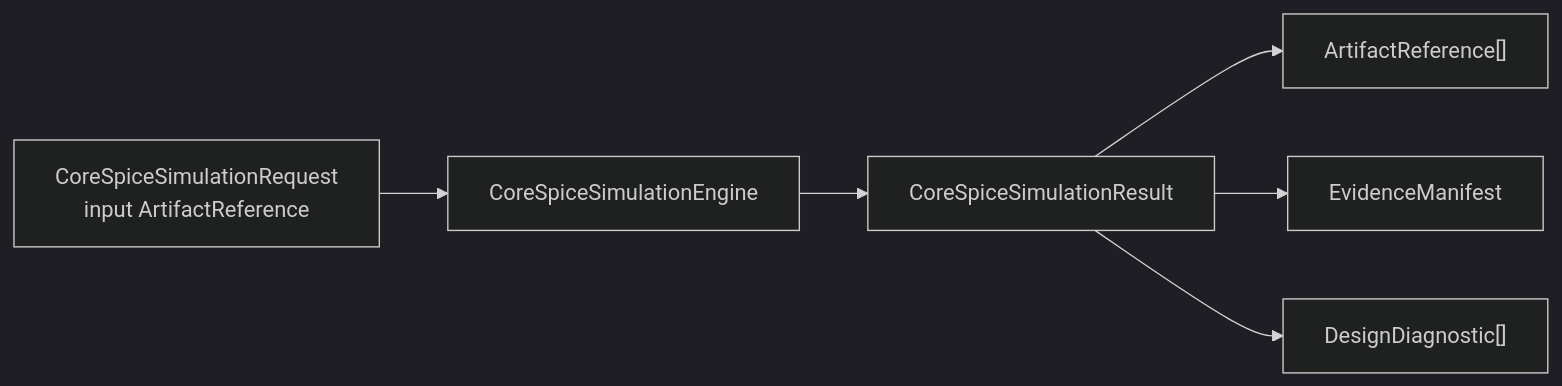
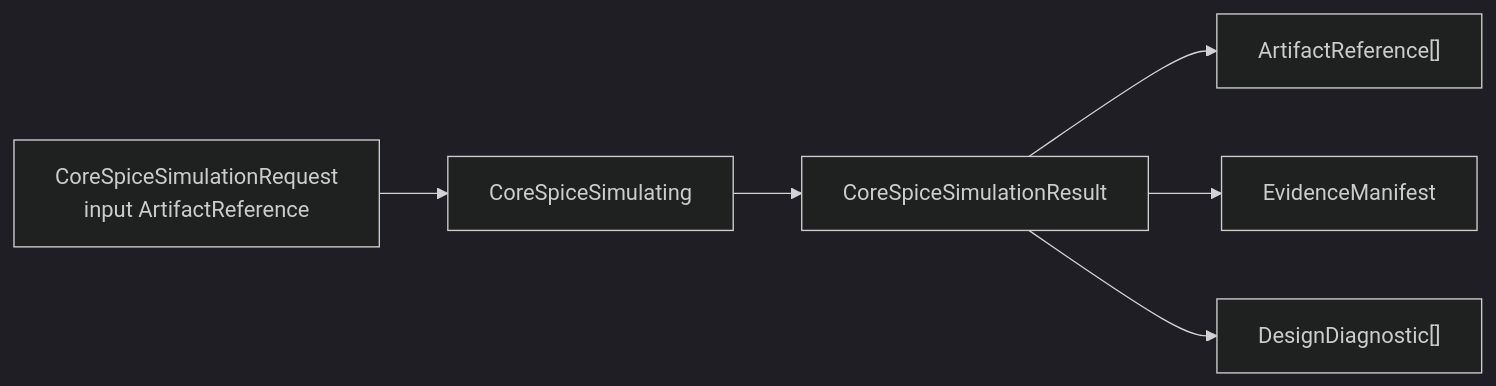
Before and after one commit to 1amageek/CoreSpice: the diagram in README.md, drawn with Mermaid (dark theme). The commit also changed other lines of this file and 7 other files, not shown here.

Commit message:
Integrate simulation contracts into CoreSpice types

````diff
--- a/README.md
+++ b/README.md
@@ -11,8 +11,8 @@
 ```mermaid
 flowchart LR
-  Request["CoreSpiceSimulationRequest\ninput ArtifactReference"] --> Engine["CoreSpiceSimulationEngine"]
+  Request["CoreSpiceSimulationRequest\ninput ArtifactReference"] --> Engine["CoreSpiceSimulating"]
   Engine --> Result["CoreSpiceSimulationResult"]
   Result --> Artifacts["ArtifactReference[]"]
   Result --> Evidence["EvidenceManifest"]
   Result --> Diagnostics["DesignDiagnostic[]"]
 ```
````
